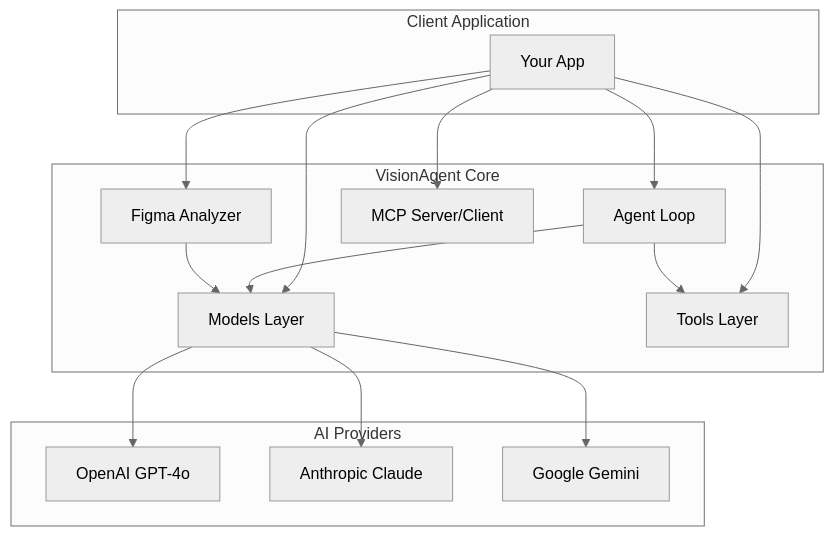
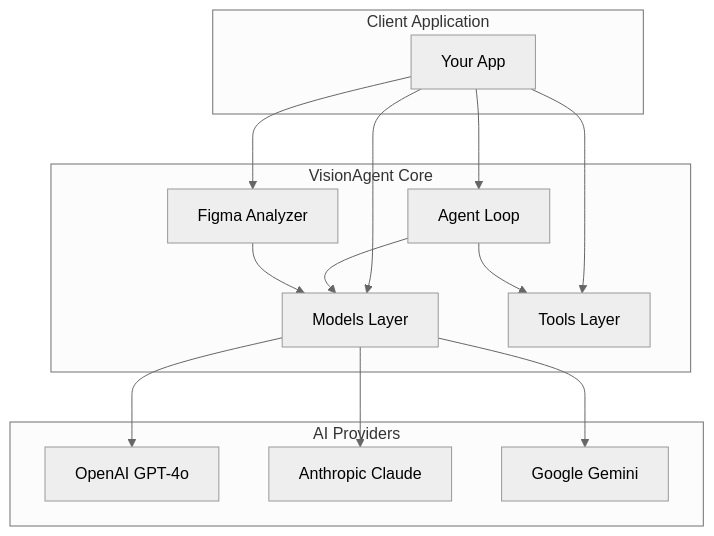
One commit to sijeeshmiziha/visionagent changed the first of 2 diagrams in README.md. Above: the diagram before and after it, drawn with Mermaid (neutral theme). The commit also changed other lines of this file and 18 other files, not shown here.

````diff
--- a/README.md
+++ b/README.md
@@ -298,35 +277,32 @@
 ```mermaid
 graph TB
     subgraph Client[Client Application]
         App[Your App]
     end
 
     subgraph VisionAgent[VisionAgent Core]
         Models[Models Layer]
         Tools[Tools Layer]
         Agents[Agent Loop]
         Figma[Figma Analyzer]
-        MCP[MCP Server/Client]
     end
 
     subgraph Providers[AI Providers]
         OpenAI[OpenAI GPT-4o]
         Anthropic[Anthropic Claude]
         Google[Google Gemini]
     end
 
     App --> Models
     App --> Tools
     App --> Agents
     App --> Figma
-    App --> MCP
-
     Models --> OpenAI
     Models --> Anthropic
     Models --> Google
 
     Agents --> Models
     Agents --> Tools
 
     Figma --> Models
 ```
````
